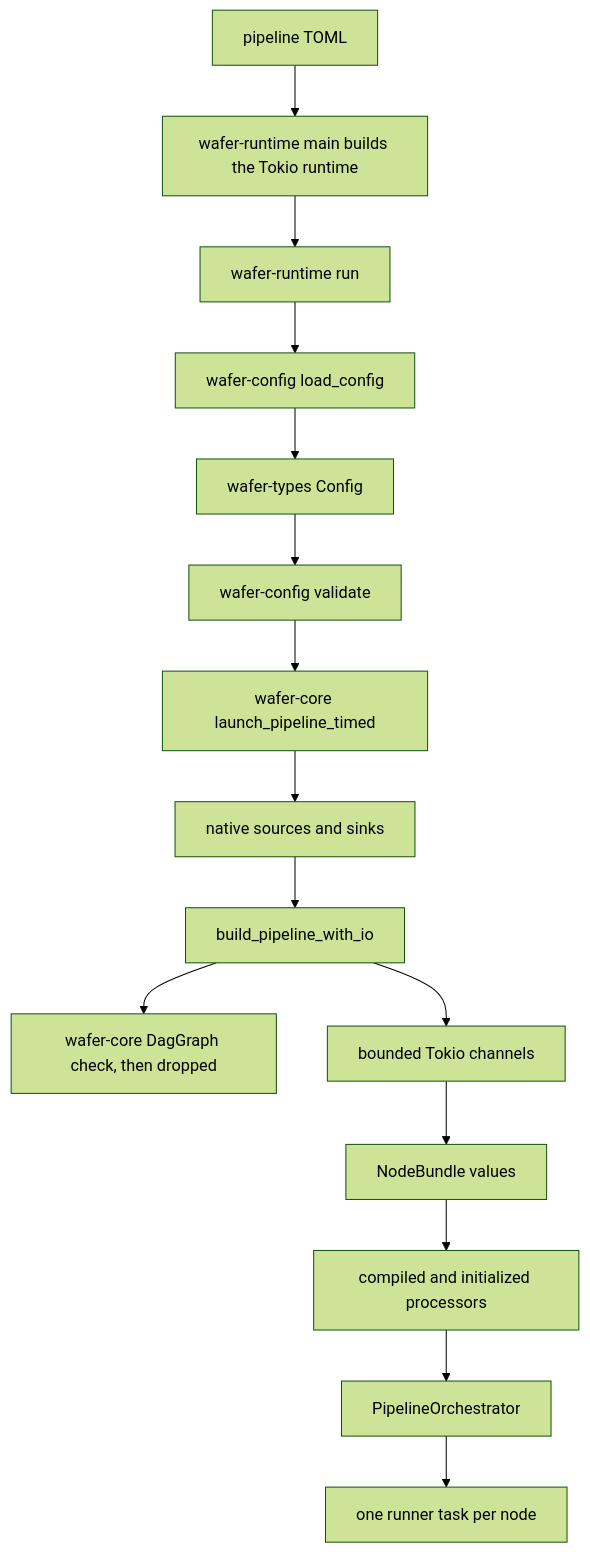
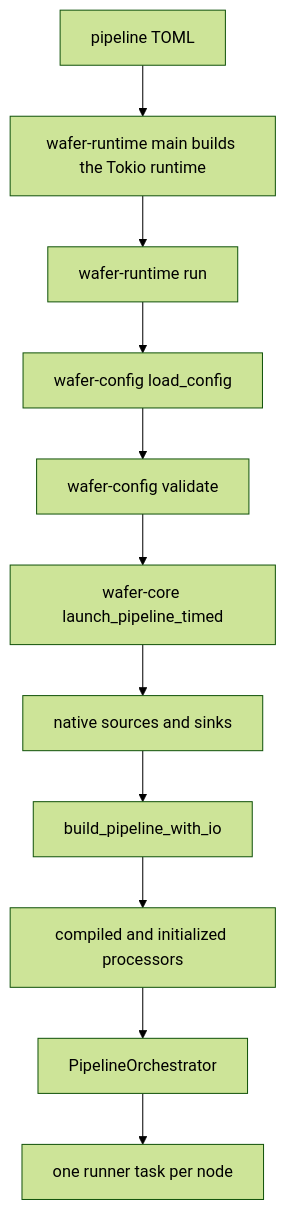
Before and after one commit to PedroKlein/wafer: the diagram in docs/learn/config-to-running-pipeline.md, drawn with Mermaid (forest theme). The commit also changed other lines of this file and 76 other files, not shown here.

````diff
--- a/docs/learn/config-to-running-pipeline.md
+++ b/docs/learn/config-to-running-pipeline.md
@@ -15,33 +9,17 @@
 ```mermaid
 flowchart TD
     file[pipeline TOML]
     main[wafer-runtime main builds the Tokio runtime]
     run[wafer-runtime run]
     loader[wafer-config load_config]
-    model[wafer-types Config]
     validation[wafer-config validate]
     launch[wafer-core launch_pipeline_timed]
     adapters[native sources and sinks]
     builder[build_pipeline_with_io]
-    coreDag[wafer-core DagGraph check, then dropped]
-    queues[bounded Tokio channels]
-    bundles[NodeBundle values]
     plugins[compiled and initialized processors]
     orchestrator[PipelineOrchestrator]
     tasks[one runner task per node]
 
-    file --> main
-    main --> run
-    run --> loader
-    loader --> model
-    model --> validation
-    validation --> launch
-    launch --> adapters
-    adapters --> builder
-    builder --> coreDag
-    builder --> queues
-    queues --> bundles
-    bundles --> plugins
-    plugins --> orchestrator
-    orchestrator --> tasks
+    file --> main --> run --> loader --> validation --> launch
+    launch --> adapters --> builder --> plugins --> orchestrator --> tasks
 ```
````
